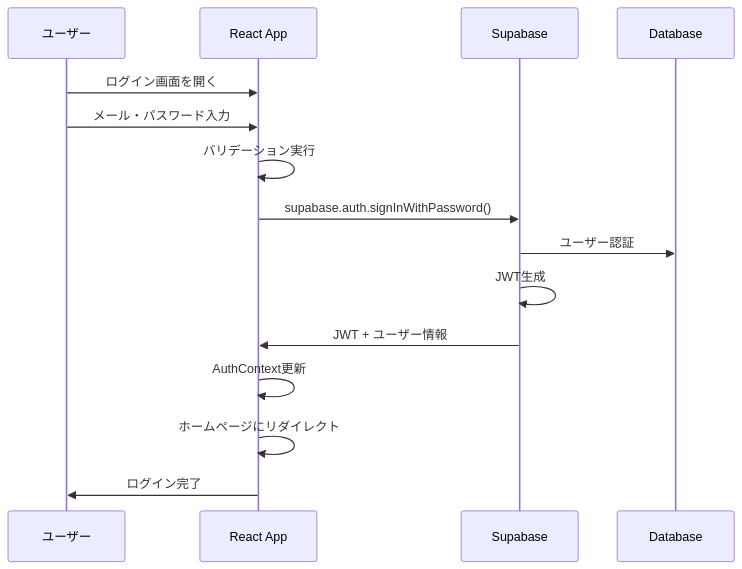
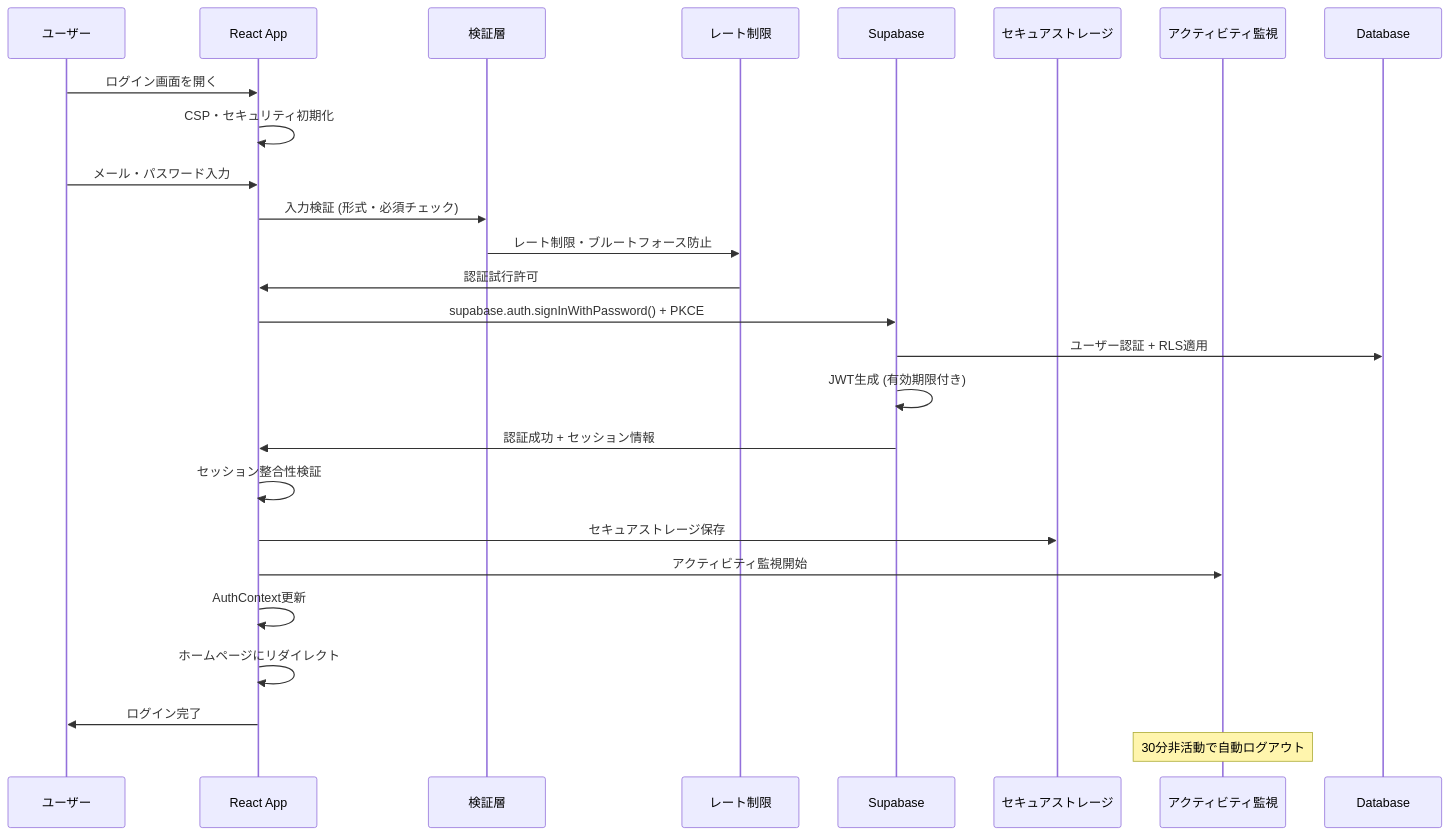
Before and after one commit to stopod/bucket-list-app: the second of 5 diagrams in docs/authentication-guide.md, drawn with Mermaid. The commit also changed other lines of this file and 6 other files, not shown here.

````diff
--- a/docs/authentication-guide.md
+++ b/docs/authentication-guide.md
@@ -78,18 +132,30 @@
 ```mermaid
 sequenceDiagram
     participant U as ユーザー
     participant R as React App
+    participant V as 検証層
+    participant RL as レート制限
     participant S as Supabase
+    participant ST as セキュアストレージ
+    participant AM as アクティビティ監視
     participant DB as Database
 
     U->>R: ログイン画面を開く
+    R->>R: CSP・セキュリティ初期化
     U->>R: メール・パスワード入力
-    R->>R: バリデーション実行
-    R->>S: supabase.auth.signInWithPassword()
-    S->>DB: ユーザー認証
-    S->>S: JWT生成
-    S->>R: JWT + ユーザー情報
+    R->>V: 入力検証 (形式・必須チェック)
+    V->>RL: レート制限・ブルートフォース防止
+    RL->>R: 認証試行許可
+    R->>S: supabase.auth.signInWithPassword() + PKCE
+    S->>DB: ユーザー認証 + RLS適用
+    S->>S: JWT生成 (有効期限付き)
+    S->>R: 認証成功 + セッション情報
+    R->>R: セッション整合性検証
+    R->>ST: セキュアストレージ保存
+    R->>AM: アクティビティ監視開始
     R->>R: AuthContext更新
     R->>R: ホームページにリダイレクト
     R->>U: ログイン完了
+    
+    Note over AM: 30分非活動で自動ログアウト
 ```
````
